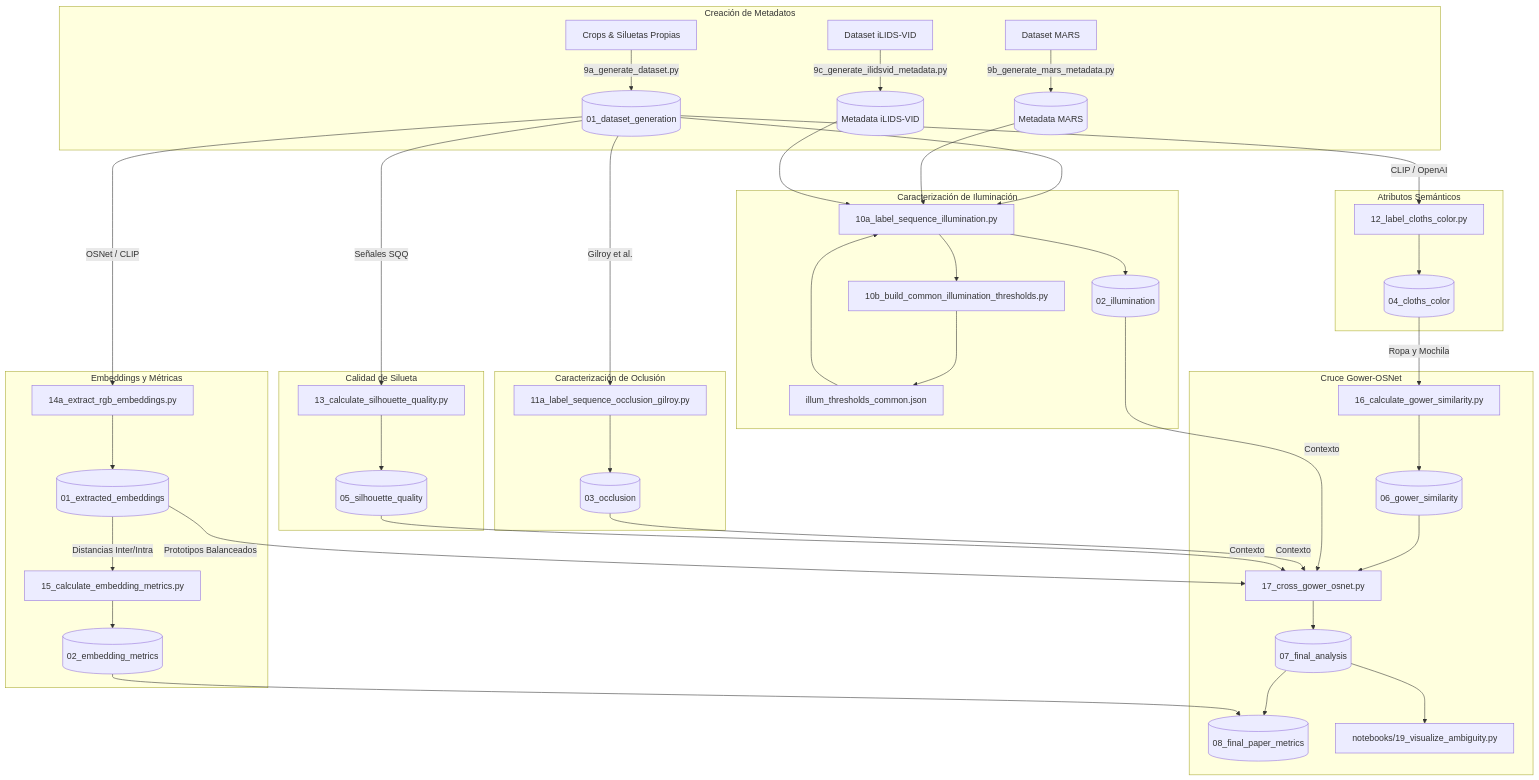
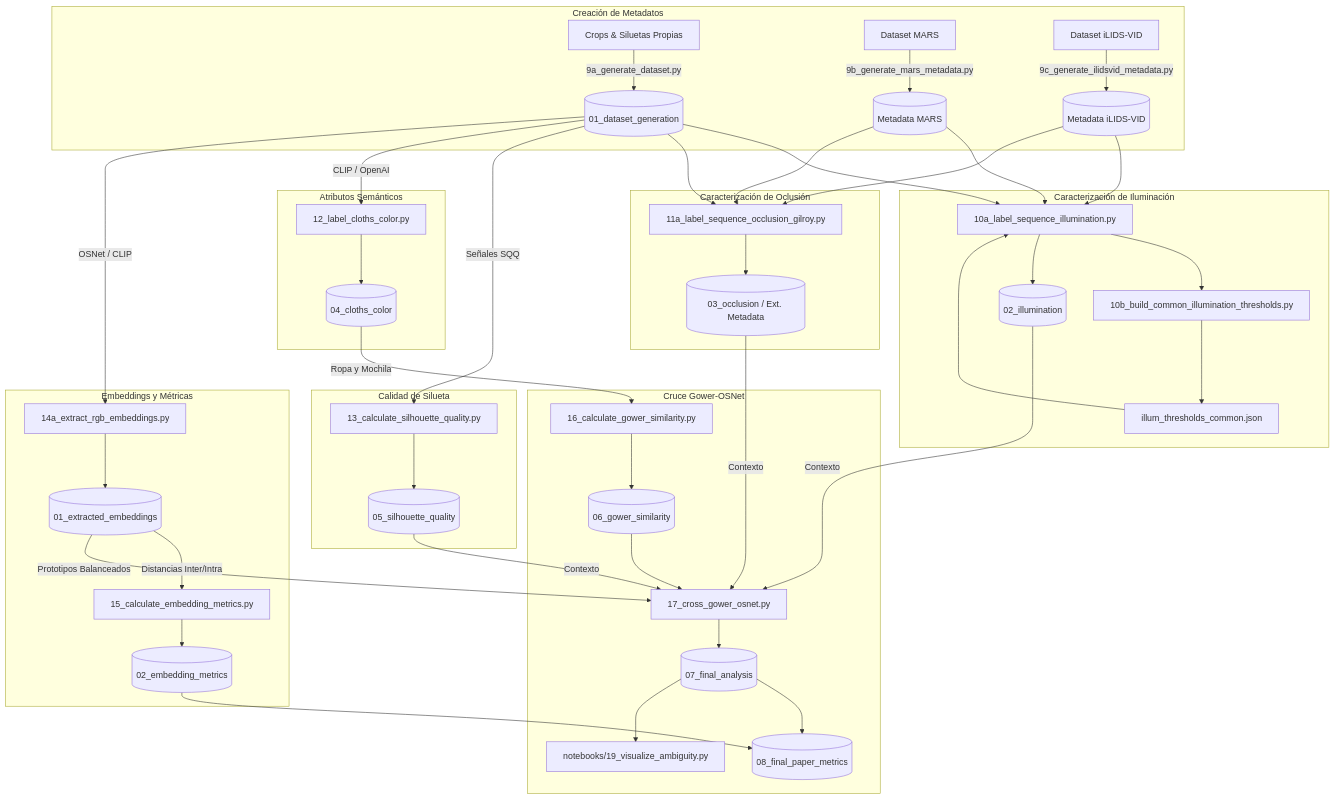
Before and after one commit to kevinGmezIoT/tesis_ia_objective1: the diagram in pipeline_csv_flow.md, drawn with Mermaid. The commit also changed other lines of this file, not shown here.

Commit message:
Added MARS and iLIDS VID occlusion

````diff
--- a/pipeline_csv_flow.md
+++ b/pipeline_csv_flow.md
@@ -11,66 +11,68 @@
 ```mermaid
 graph TD
     %% Bloque de Entrada
     subgraph Creación de Metadatos
         A1[Crops & Siluetas Propias] -->|9a_generate_dataset.py| B1[(01_dataset_generation)]
         A2[Dataset MARS] -->|9b_generate_mars_metadata.py| B2[(Metadata MARS)]
         A3[Dataset iLIDS-VID] -->|9c_generate_ilidsvid_metadata.py| B3[(Metadata iLIDS-VID)]
     end
 
     %% Bloque de Iluminación
     subgraph Caracterización de Iluminación
         B1 --> C1[10a_label_sequence_illumination.py]
         B2 --> C1
         B3 --> C1
 
         C1 --> D1[10b_build_common_illumination_thresholds.py]
         D1 --> E1[illum_thresholds_common.json]
 
         E1 --> C1
         C1 --> G1[(02_illumination)]
     end
 
     %% Bloque de Oclusión
     subgraph Caracterización de Oclusión
-        B1 -->|Gilroy et al.| H1[11a_label_sequence_occlusion_gilroy.py]
-        H1 --> I1[(03_occlusion)]
+        B1 --> H1[11a_label_sequence_occlusion_gilroy.py]
+        B2 --> H1
+        B3 --> H1
+        H1 --> I1[(03_occlusion / Ext. Metadata)]
     end
 
     %% Bloque de Calidad de Silueta
     subgraph Calidad de Silueta
         B1 -->|Señales SQQ| J1[13_calculate_silhouette_quality.py]
         J1 --> J2[(05_silhouette_quality)]
     end
 
     %% Bloque de Atributos Semánticos
     subgraph Atributos Semánticos
         B1 -->|CLIP / OpenAI| K1[12_label_cloths_color.py]
         K1 --> K2[(04_cloths_color)]
     end
 
     %% Bloque de Embeddings y Métricas Externa
     subgraph Embeddings y Métricas
         B1 -->|OSNet / CLIP| L1[14a_extract_rgb_embeddings.py]
         L1 --> L2[(01_extracted_embeddings)]
         
         L2 -->|Distancias Inter/Intra| L3[15_calculate_embedding_metrics.py]
         L3 --> L4[(02_embedding_metrics)]
     end
 
     %% Bloque de Ambigüedad Visual-Semántica (Interna)
     subgraph Cruce Gower-OSNet
         K2 -->|Ropa y Mochila| M1[16_calculate_gower_similarity.py]
         M1 --> M2[(06_gower_similarity)]
         
         M2 --> M3[17_cross_gower_osnet.py]
         L2 -->|Prototipos Balanceados| M3
         G1 -->|Contexto| M3
         I1 -->|Contexto| M3
         J2 -->|Contexto| M3
         
         M3 --> M4[(07_final_analysis)]
         M4 --> N1[(08_final_paper_metrics)]
         L4 --> N1
         M4 --> M5[notebooks/19_visualize_ambiguity.py]
     end
 ```
````
